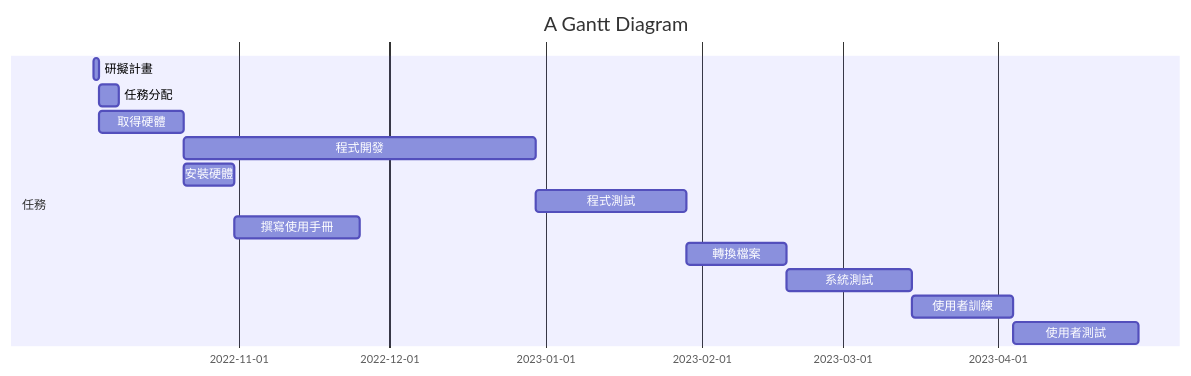
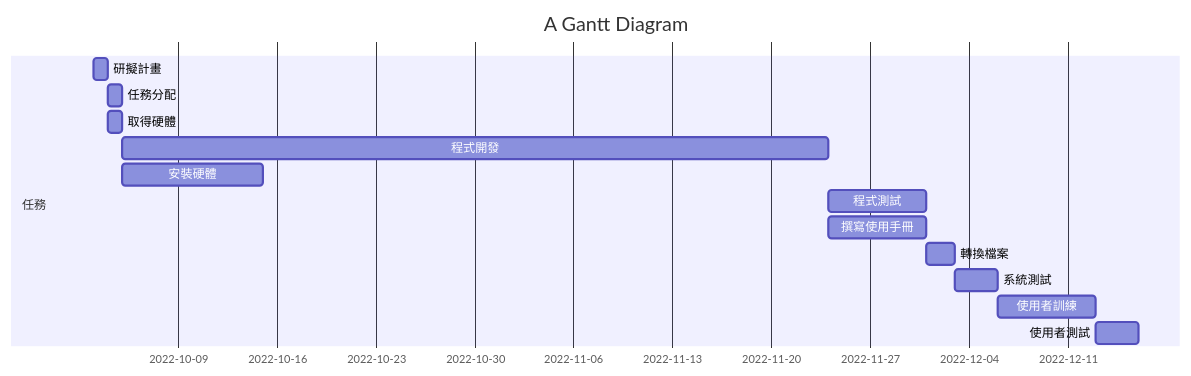
Before and after one commit to TimerWu/02: the diagram in README.md, drawn with Mermaid. The commit also changed other lines of this file, not shown here.

````diff
--- a/README.md
+++ b/README.md
@@ -12,17 +11,17 @@
 ```mermaid
 gantt
     title A Gantt Diagram
 
     section 任務
     研擬計畫           :a1, 2022-10-03, 1d
-    任務分配           :a2, after a1  , 4d
-    取得硬體           :a3, after a1  , 17d
-    程式開發           :a4, after a3  , 70d
+    任務分配           :a2, after a1  , 1d
+    取得硬體           :a3, after a1  , 1d
+    程式開發           :a4, after a3  , 50d
     安裝硬體           :a5, after a3  , 10d
-    程式測試           :a6, after a4  , 30d
-    撰寫使用手冊       :a7, after a5  , 25d
-    轉換檔案           :a8, after a6  , 20d
-    系統測試           :a9, after a8  , 25d
-    使用者訓練         :a10, after a9  , 20d
-    使用者測試         :a11, after a10  , 25d
+    程式測試           :a6, after a4  , 7d
+    撰寫使用手冊       :a7, after a4  , 7d
+    轉換檔案           :a8, after a6  , 2d
+    系統測試           :a9, after a8  , 3d
+    使用者訓練         :a10, after a9  ,7d
+    使用者測試         :a11, after a10 ,3d
 ```
````
